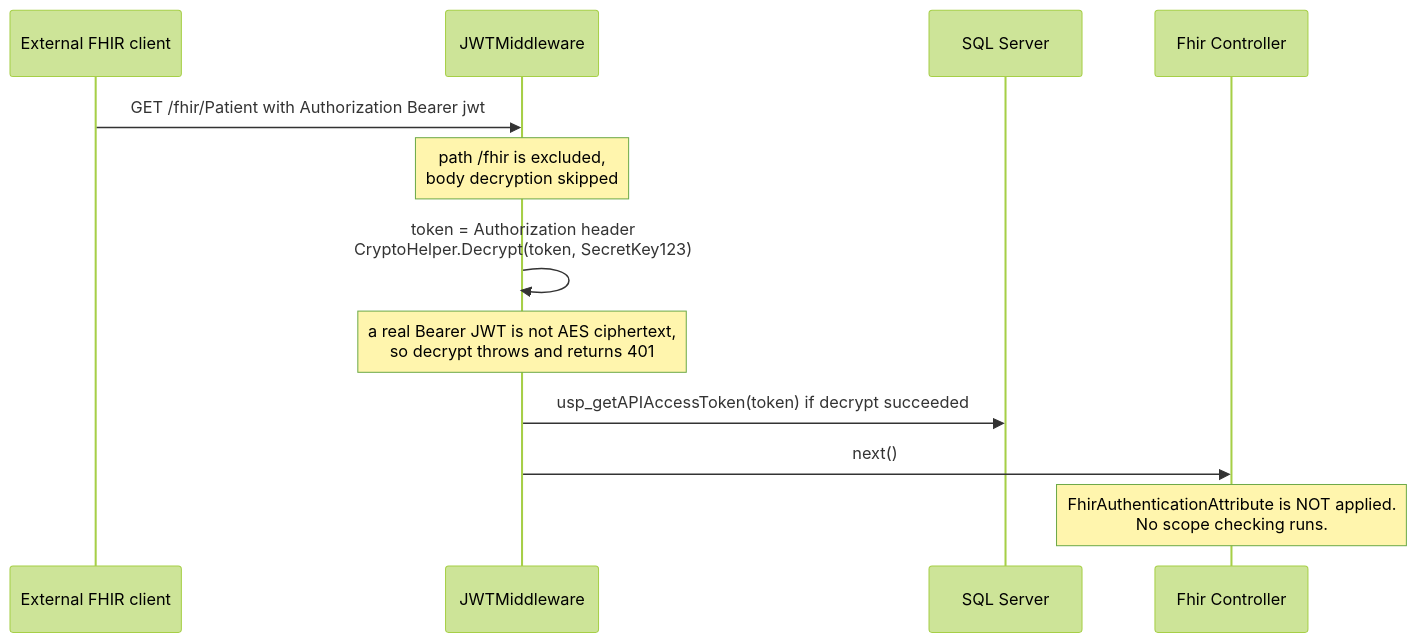
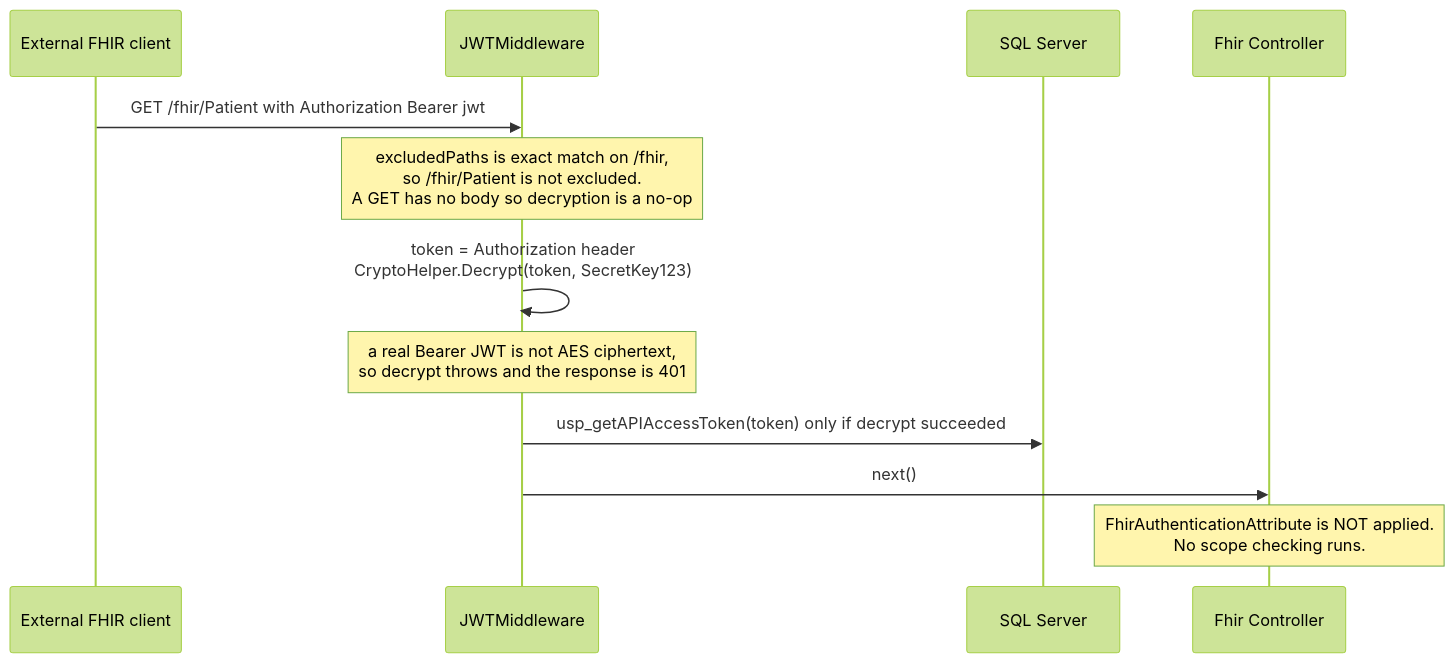
One commit to hemsingh-3PG/sai-systems-AIRE changed the fourth of 5 diagrams in docs/architecture-diagrams/01-auth-identity-tenancy-deep-dive-diagrams.md. Above: the diagram before and after it, drawn with Mermaid (forest theme). The commit also changed other lines of this file and 285 other files, not shown here.

````diff
--- a/docs/architecture-diagrams/01-auth-identity-tenancy-deep-dive-diagrams.md
+++ b/docs/architecture-diagrams/01-auth-identity-tenancy-deep-dive-diagrams.md
@@ -117,15 +113,15 @@
 ```mermaid
 sequenceDiagram
   participant X as External FHIR client
   participant MW as JWTMiddleware
   participant DB as SQL Server
   participant F as Fhir Controller
 
   X->>MW: GET /fhir/Patient with Authorization Bearer jwt
-  Note over MW: path /fhir is excluded,<br/>body decryption skipped
+  Note over MW: excludedPaths is exact match on /fhir,<br/>so /fhir/Patient is not excluded.<br/>A GET has no body so decryption is a no-op
   MW->>MW: token = Authorization header<br/>CryptoHelper.Decrypt(token, SecretKey123)
-  Note over MW: a real Bearer JWT is not AES ciphertext,<br/>so decrypt throws and returns 401
-  MW->>DB: usp_getAPIAccessToken(token) if decrypt succeeded
+  Note over MW: a real Bearer JWT is not AES ciphertext,<br/>so decrypt throws and the response is 401
+  MW->>DB: usp_getAPIAccessToken(token) only if decrypt succeeded
   MW->>F: next()
   Note over F: FhirAuthenticationAttribute is NOT applied.<br/>No scope checking runs.
 ```
````
